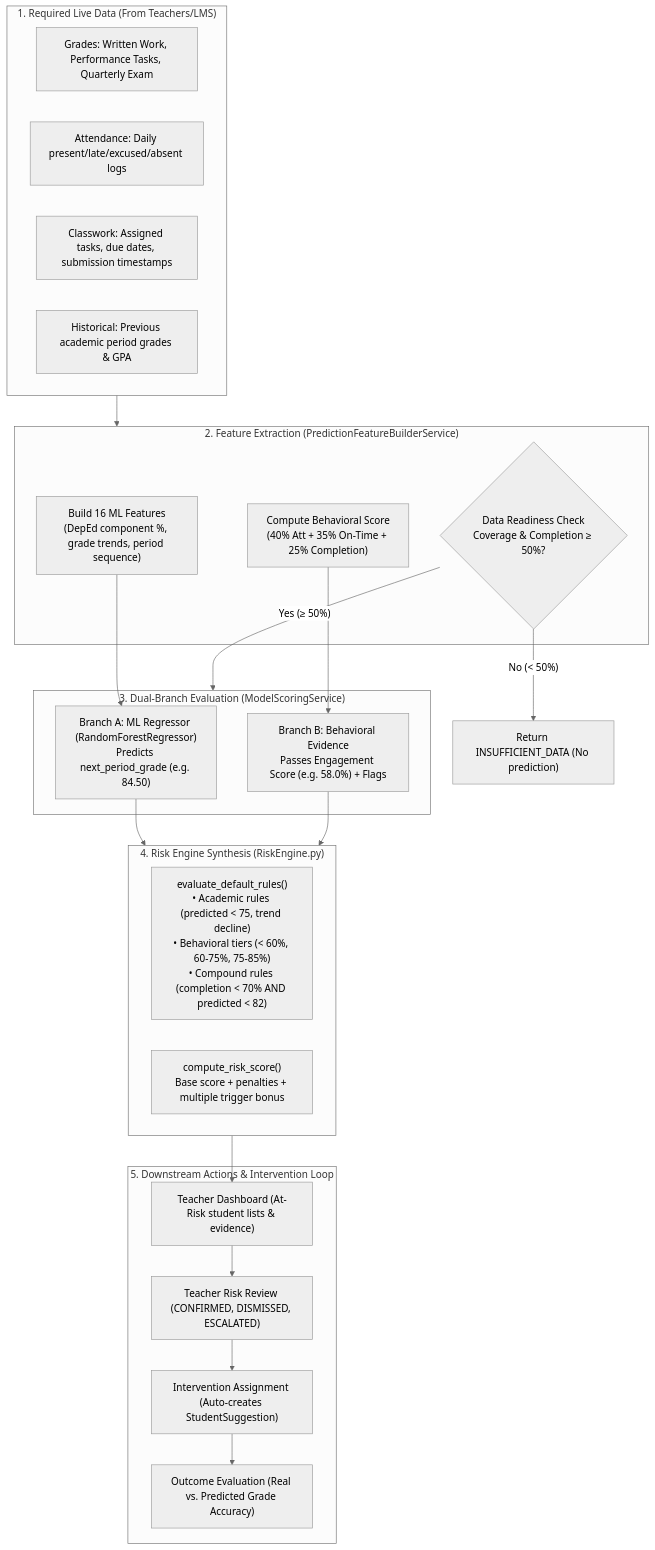
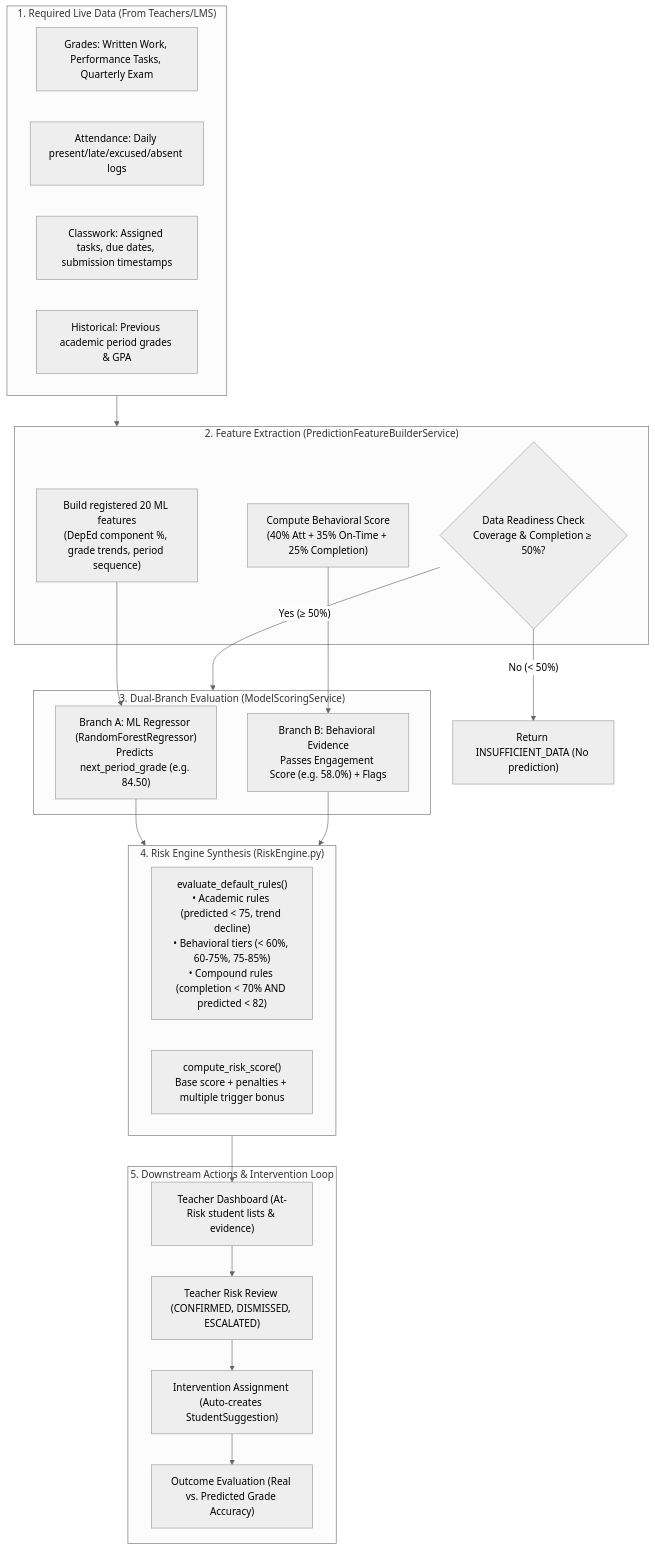
One commit to dxn-xnt/Entervene changed the diagram in docs/ML_HANDOFF.md. Above: the diagram before and after it, drawn with Mermaid (neutral theme). The commit also changed other lines of this file and 21 other files, not shown here.

````diff
--- a/docs/ML_HANDOFF.md
+++ b/docs/ML_HANDOFF.md
@@ -223,44 +261,44 @@
 ```mermaid
 flowchart TD
     subgraph DataReq["1. Required Live Data (From Teachers/LMS)"]
         D1["Grades: Written Work, Performance Tasks, Quarterly Exam"]
         D2["Attendance: Daily present/late/excused/absent logs"]
         D3["Classwork: Assigned tasks, due dates, submission timestamps"]
         D4["Historical: Previous academic period grades & GPA"]
     end
 
     subgraph FeatureBuilder["2. Feature Extraction (PredictionFeatureBuilderService)"]
-        F_Academic["Build 16 ML Features<br/>(DepEd component %, grade trends, period sequence)"]
+        F_Academic["Build registered 20 ML features<br/>(DepEd component %, grade trends, period sequence)"]
         F_Behav["Compute Behavioral Score<br/>(40% Att + 35% On-Time + 25% Completion)"]
         F_Readiness{"Data Readiness Check<br/>Coverage & Completion ≥ 50%?"}
     end
 
     subgraph DualProcessing["3. Dual-Branch Evaluation (ModelScoringService)"]
         Branch_ML["Branch A: ML Regressor (RandomForestRegressor)<br/>Predicts next_period_grade (e.g. 84.50)"]
         Branch_Behav["Branch B: Behavioral Evidence<br/>Passes Engagement Score (e.g. 58.0%) + Flags"]
     end
 
     subgraph RiskEngineBlock["4. Risk Engine Synthesis (RiskEngine.py)"]
         Rules["evaluate_default_rules()<br/>• Academic rules (predicted < 75, trend decline)<br/>• Behavioral tiers (< 60%, 60-75%, 75-85%)<br/>• Compound rules (completion < 70% AND predicted < 82)"]
         Scorer["compute_risk_score()<br/>Base score + penalties + multiple trigger bonus"]
     end
 
     subgraph Actions["5. Downstream Actions & Intervention Loop"]
         Dashboard["Teacher Dashboard (At-Risk student lists & evidence)"]
         Review["Teacher Risk Review (CONFIRMED, DISMISSED, ESCALATED)"]
         Intervention["Intervention Assignment (Auto-creates StudentSuggestion)"]
         Outcome["Outcome Evaluation (Real vs. Predicted Grade Accuracy)"]
     end
 
     DataReq --> FeatureBuilder
     F_Readiness -- "No (< 50%)" --> Blocked["Return INSUFFICIENT_DATA (No prediction)"]
     F_Readiness -- "Yes (≥ 50%)" --> DualProcessing
     F_Academic --> Branch_ML
     F_Behav --> Branch_Behav
     Branch_ML --> RiskEngineBlock
     Branch_Behav --> RiskEngineBlock
     RiskEngineBlock --> Dashboard
     Dashboard --> Review
     Review --> Intervention
     Intervention --> Outcome
 ```
````
